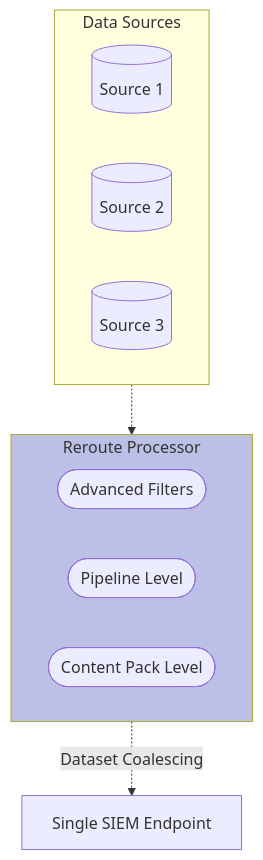
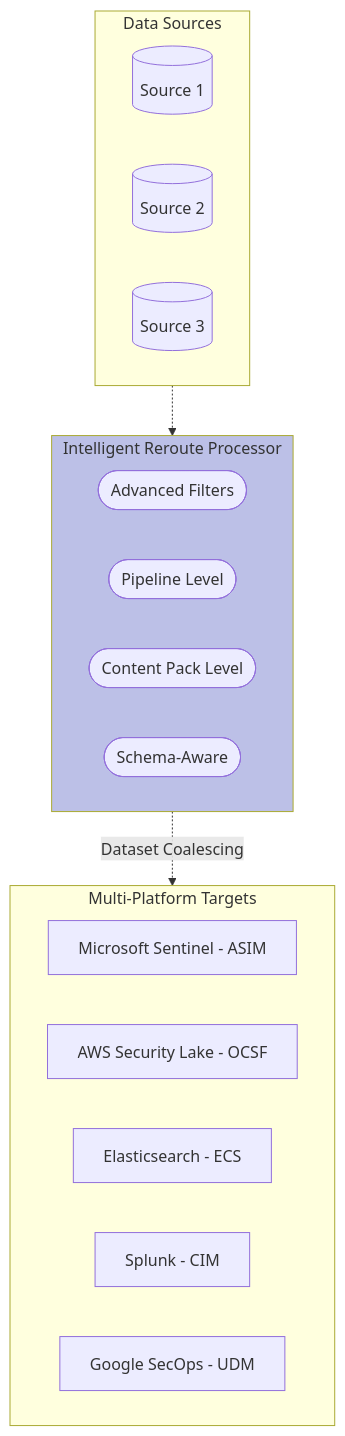
The sixth of 8 diagrams in docs/about/key-features.mdx (VirtualMetric/virtualmetric-docs), drawn with Mermaid before and after one commit. The commit also changed other lines of this file and 9 other files, not shown here.

````diff
--- a/docs/about/key-features.mdx
+++ b/docs/about/key-features.mdx
@@ -262,19 +222,28 @@
 ```mermaid
 graph TD
     subgraph Sources[Data Sources]
         S1[(Source 1)]
         S2[(Source 2)]
         S3[(Source 3)]
     end
     
-    subgraph Routing[Reroute Processor]
+    subgraph Routing[Intelligent Reroute Processor]
         F([Advanced Filters])
         P([Pipeline Level])
         C([Content Pack Level])
+        S([Schema-Aware])
+    end
+    
+    subgraph Destinations[Multi-Platform Targets]
+        MS[Microsoft Sentinel - ASIM]
+        ASL[AWS Security Lake - OCSF]
+        ES[Elasticsearch - ECS]
+        SP[Splunk - CIM]
+        UDM[Google SecOps - UDM]
     end
     
     Sources -.-> Routing
-    Routing -.-> |Dataset Coalescing| SIEM[Single SIEM Endpoint]
+    Routing -.-> |Dataset Coalescing| Destinations
     
     style Routing fill:#BCC0E7
 ```
````
